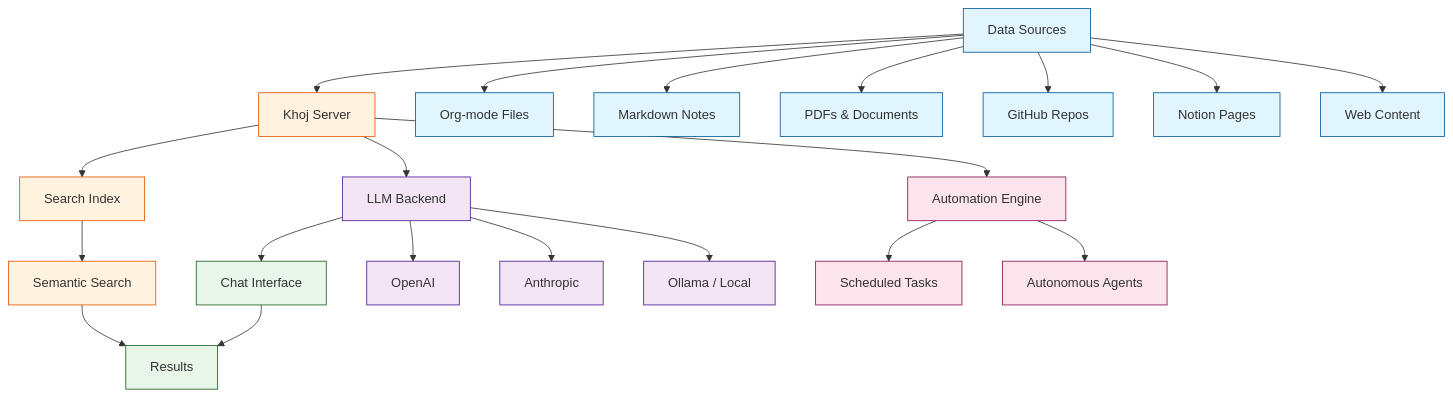
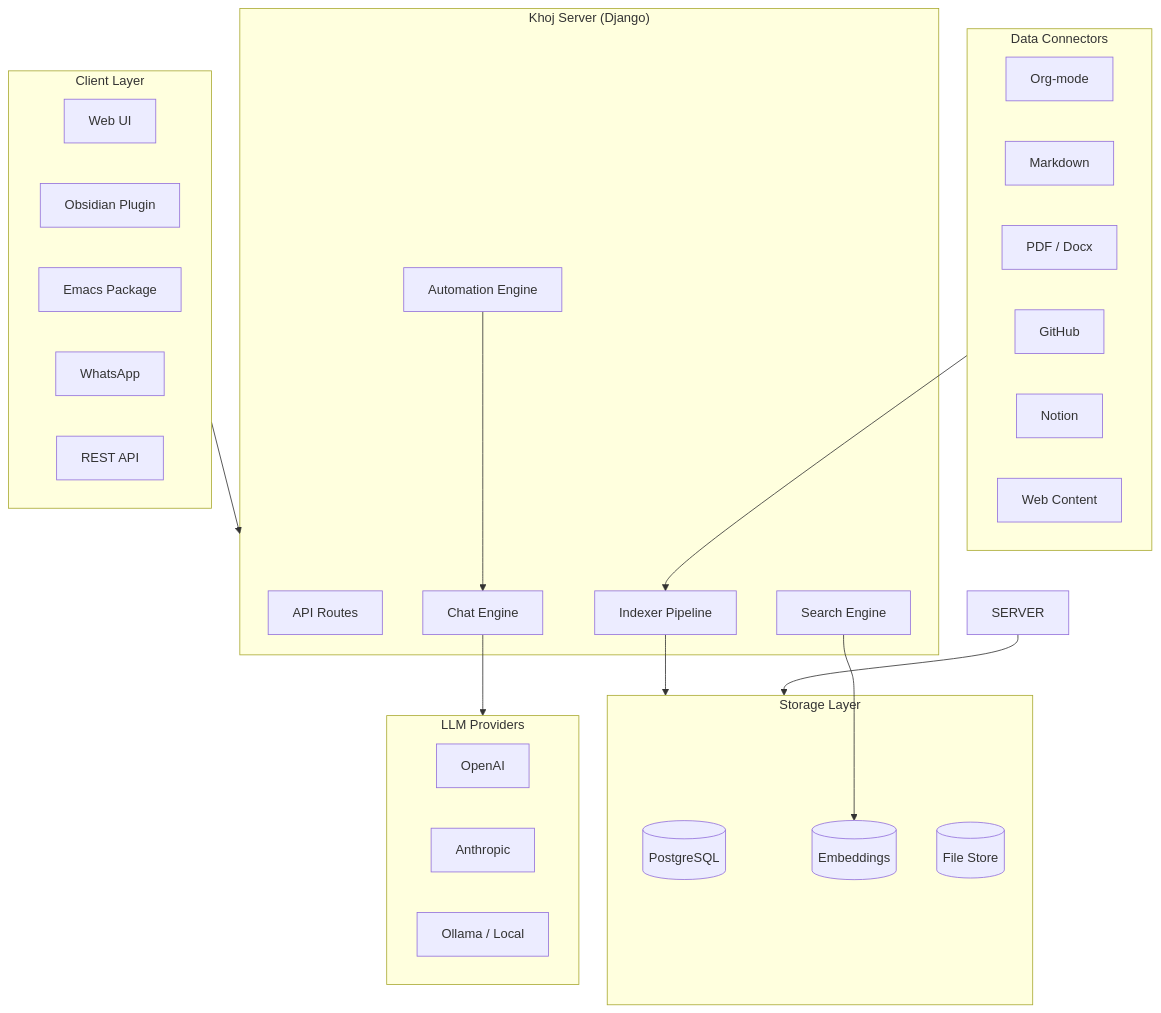
The diagram in tutorials/khoj-tutorial/index.md (johnxie/awesome-code-docs), drawn with Mermaid before and after one commit. The commit also changed other lines of this file, not shown here.

Commit message:
Enhance Khoj tutorial index with architecture diagram and tech stack

````diff
--- a/tutorials/khoj-tutorial/index.md
+++ b/tutorials/khoj-tutorial/index.md
@@ -14,37 +31,47 @@
 ```mermaid
-flowchart TD
-    A[Data Sources] --> B[Khoj Server]
-    B --> C[Search Index]
-    B --> D[LLM Backend]
-    C --> E[Semantic Search]
-    D --> F[Chat Interface]
-    E --> G[Results]
-    F --> G
+graph TB
+    subgraph Clients["Client Layer"]
+        WEB[Web UI]
+        OBS[Obsidian Plugin]
+        EMACS[Emacs Package]
+        WHATSAPP[WhatsApp]
+        API_CLIENT[REST API]
+    end
 
-    A --> H[Org-mode Files]
-    A --> I[Markdown Notes]
-    A --> J[PDFs & Documents]
-    A --> K[GitHub Repos]
-    A --> L[Notion Pages]
-    A --> M[Web Content]
+    subgraph Server["Khoj Server (Django)"]
+        API[API Routes]
+        SEARCH[Search Engine]
+        CHAT[Chat Engine]
+        INDEX[Indexer Pipeline]
+        AUTO[Automation Engine]
+    end
 
-    D --> N[OpenAI]
-    D --> O[Anthropic]
-    D --> P[Ollama / Local]
+    subgraph Data["Data Connectors"]
+        ORG[Org-mode]
+        MD[Markdown]
+        PDF[PDF / Docx]
+        GH[GitHub]
+        NOTION[Notion]
+        WEB_SRC[Web Content]
+    end
 
-    B --> Q[Automation Engine]
-    Q --> R[Scheduled Tasks]
-    Q --> S[Autonomous Agents]
+    subgraph Storage["Storage Layer"]
+        PG[(PostgreSQL)]
+        EMBED[(Embeddings)]
+        FILES[(File Store)]
+    end
 
-    classDef sources fill:#e1f5fe,stroke:#01579b
-    classDef core fill:#fff3e0,stroke:#e65100
-    classDef output fill:#e8f5e9,stroke:#1b5e20
-    classDef llm fill:#f3e5f5,stroke:#4a148c
-    classDef automation fill:#fce4ec,stroke:#880e4f
+    subgraph LLM["LLM Providers"]
+        OPENAI[OpenAI]
+        ANTHROPIC[Anthropic]
+        OLLAMA[Ollama / Local]
+    end
 
-    class A,H,I,J,K,L,M sources
-    class B,C,E core
-    class G,F output
-    class D,N,O,P llm
-    class Q,R,S automation
+    Clients --> Server
+    Data --> INDEX
+    INDEX --> Storage
+    SEARCH --> EMBED
+    CHAT --> LLM
+    AUTO --> CHAT
+    SERVER --> Storage
 ```
````
